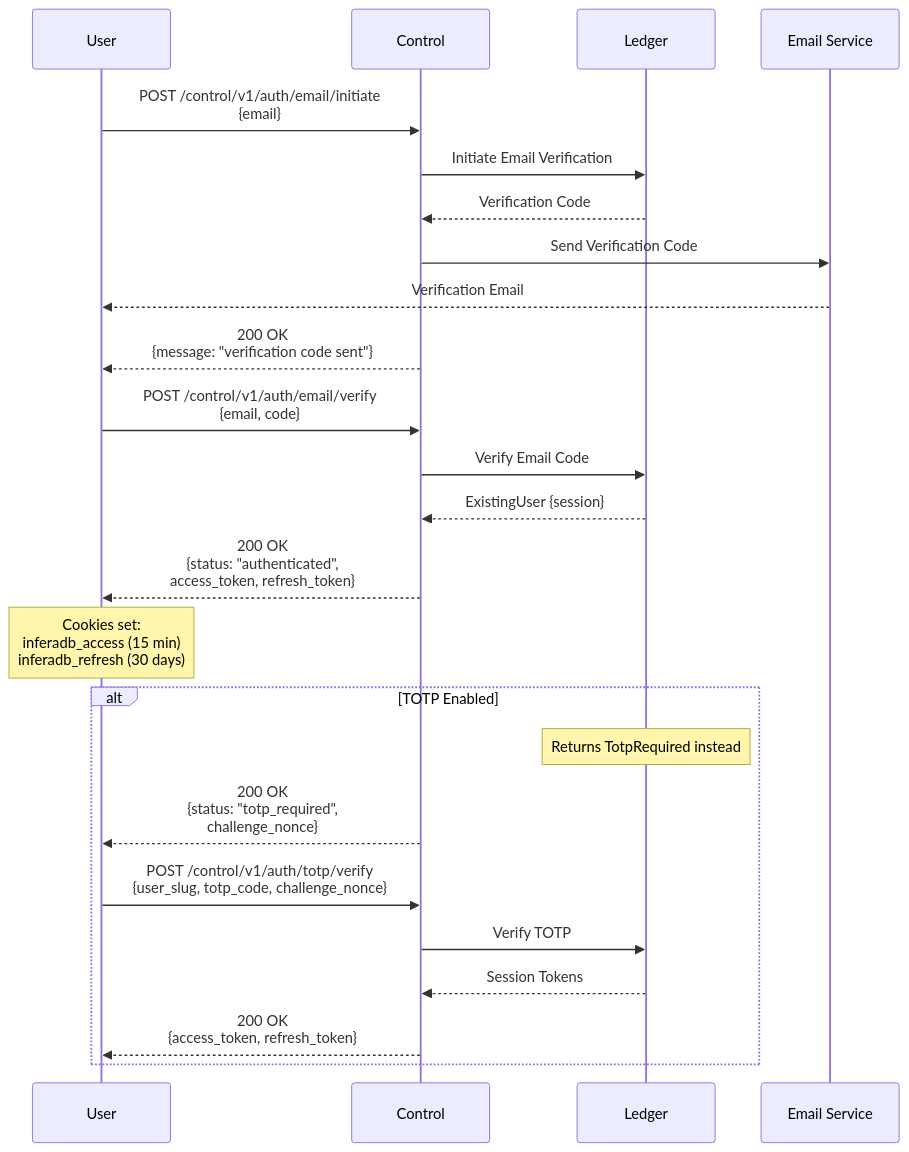
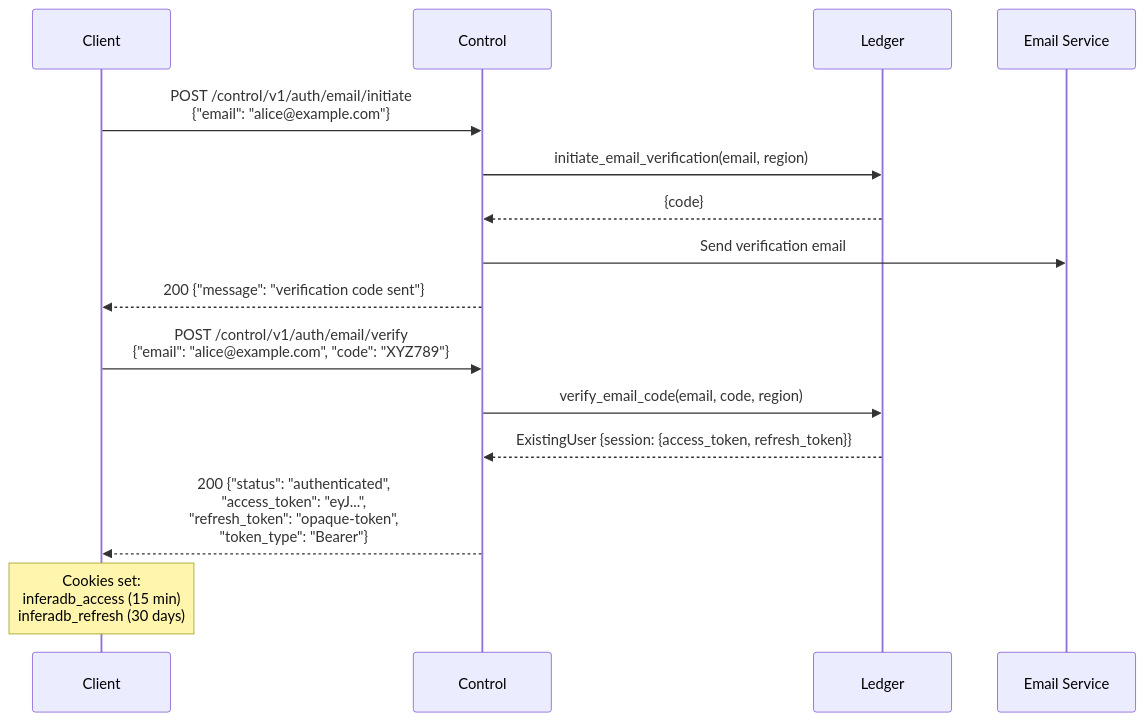
Before and after one commit to inferadb/control: the second of 14 diagrams in docs/flows.md, drawn with Mermaid. The commit also changed other lines of this file and 14 other files, not shown here.

````diff
--- a/docs/flows.md
+++ b/docs/flows.md
@@ -55,37 +62,20 @@
 ```mermaid
 sequenceDiagram
-    participant User
-    participant API as Control
-    participant DB as Ledger
+    participant Client
+    participant Control
+    participant Ledger
     participant Email as Email Service
 
-    User->>API: POST /control/v1/auth/email/initiate<br/>{email}
+    Client->>Control: POST /control/v1/auth/email/initiate<br/>{"email": "alice@example.com"}
+    Control->>Ledger: initiate_email_verification(email, region)
+    Ledger-->>Control: {code}
+    Control->>Email: Send verification email
+    Control-->>Client: 200 {"message": "verification code sent"}
 
-    API->>DB: Initiate Email Verification
-    DB-->>API: Verification Code
+    Client->>Control: POST /control/v1/auth/email/verify<br/>{"email": "alice@example.com", "code": "XYZ789"}
+    Control->>Ledger: verify_email_code(email, code, region)
+    Ledger-->>Control: ExistingUser {session: {access_token, refresh_token}}
+    Control-->>Client: 200 {"status": "authenticated",<br/>"access_token": "eyJ...",<br/>"refresh_token": "opaque-token",<br/>"token_type": "Bearer"}
 
-    API->>Email: Send Verification Code
-    Email-->>User: Verification Email
-
-    API-->>User: 200 OK<br/>{message: "verification code sent"}
-
-    User->>API: POST /control/v1/auth/email/verify<br/>{email, code}
-
-    API->>DB: Verify Email Code
-    DB-->>API: ExistingUser {session}
-
-    API-->>User: 200 OK<br/>{status: "authenticated",<br/>access_token, refresh_token}
-
-    Note over User: Cookies set:<br/>inferadb_access (15 min)<br/>inferadb_refresh (30 days)
-
-    alt TOTP Enabled
-        Note over DB: Returns TotpRequired instead
-        API-->>User: 200 OK<br/>{status: "totp_required",<br/>challenge_nonce}
-
-        User->>API: POST /control/v1/auth/totp/verify<br/>{user_slug, totp_code, challenge_nonce}
-        API->>DB: Verify TOTP
-        DB-->>API: Session Tokens
-
-        API-->>User: 200 OK<br/>{access_token, refresh_token}
-    end
+    Note over Client: Cookies set:<br/>inferadb_access (15 min)<br/>inferadb_refresh (30 days)
 ```
````
